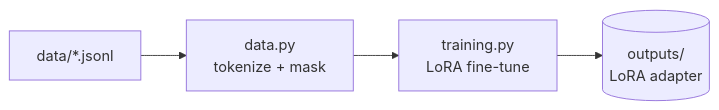
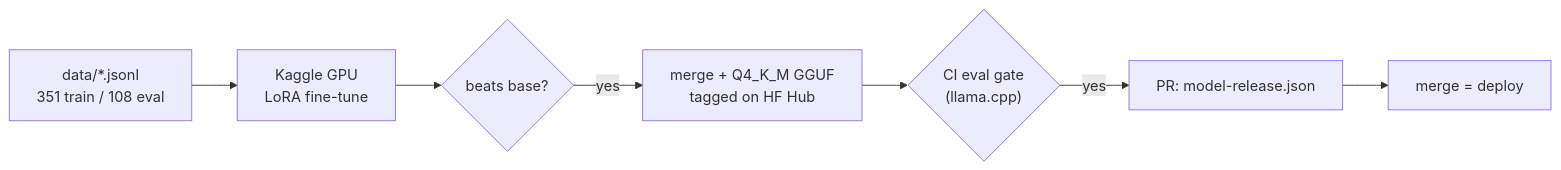
Before and after one commit to syed-waleed-ahmed/Niche-Finetuned-Model: the third of 3 diagrams in README.md, drawn with Mermaid. The commit also changed other lines of this file and 2 other files, not shown here.

First line of the commit message:
Document the scaled-out architecture and deployment runbook

````diff
--- a/README.md
+++ b/README.md
@@ -52,6 +159,9 @@
 ```mermaid
 flowchart LR
-    Data["data/*.jsonl"] --> Tok["data.py<br/>tokenize + mask"]
-    Tok --> Train["training.py<br/>LoRA fine-tune"]
-    Train --> Adapter[("outputs/<br/>LoRA adapter")]
+    Data["data/*.jsonl<br/>351 train / 108 eval"] --> Train["Kaggle GPU<br/>LoRA fine-tune"]
+    Train --> G1{"beats base?"}
+    G1 -->|yes| GGUF["merge + Q4_K_M GGUF<br/>tagged on HF Hub"]
+    GGUF --> G2{"CI eval gate<br/>(llama.cpp)"}
+    G2 -->|yes| PR["PR: model-release.json"]
+    PR --> Deploy["merge = deploy"]
 ```
````
